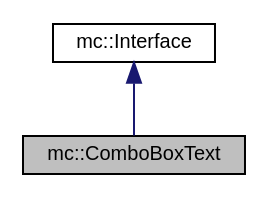
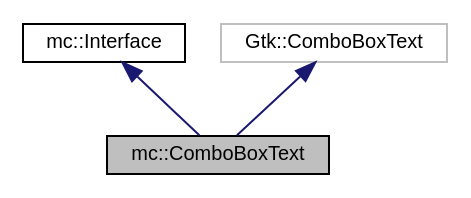
One commit to mjhouse/mcalc changed the diagram in docs/classmc_1_1ComboBoxText__inherit__graph.dot. Above: the diagram before and after it, drawn with Graphviz. The commit also changed 54 other files, not shown here.

```diff
--- a/docs/classmc_1_1ComboBoxText__inherit__graph.dot
+++ b/docs/classmc_1_1ComboBoxText__inherit__graph.dot
@@ -1,8 +1,10 @@
 digraph "mc::ComboBoxText"
 {
   edge [fontname="Helvetica",fontsize="10",labelfontname="Helvetica",labelfontsize="10"];
   node [fontname="Helvetica",fontsize="10",shape=record];
   Node1 [label="mc::ComboBoxText",height=0.2,width=0.4,color="black", fillcolor="grey75", style="filled", fontcolor="black"];
   Node2 -> Node1 [dir="back",color="midnightblue",fontsize="10",style="solid",fontname="Helvetica"];
   Node2 [label="mc::Interface",height=0.2,width=0.4,color="black", fillcolor="white", style="filled",URL="$classmc_1_1Interface.html"];
+  Node3 -> Node1 [dir="back",color="midnightblue",fontsize="10",style="solid",fontname="Helvetica"];
+  Node3 [label="Gtk::ComboBoxText",height=0.2,width=0.4,color="grey75", fillcolor="white", style="filled"];
 }
```
